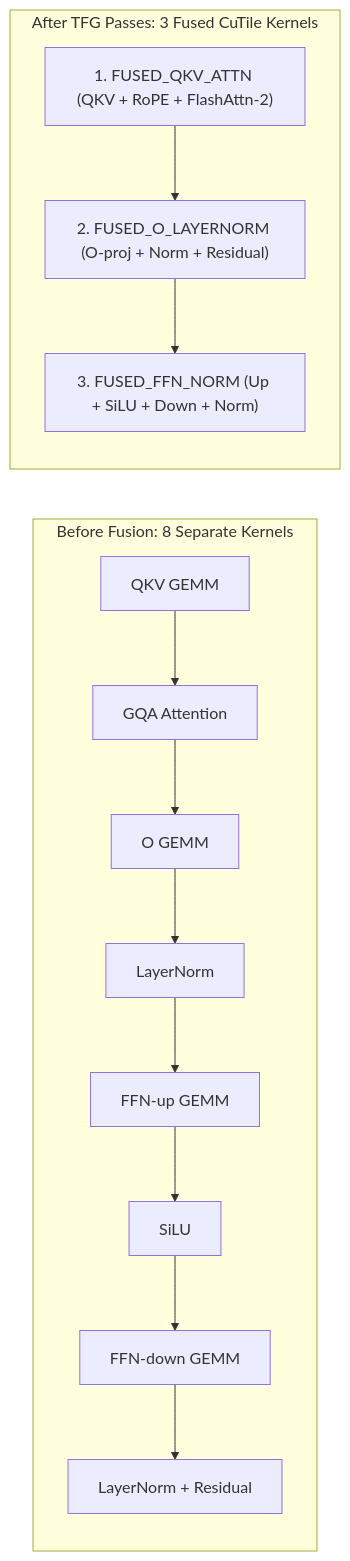
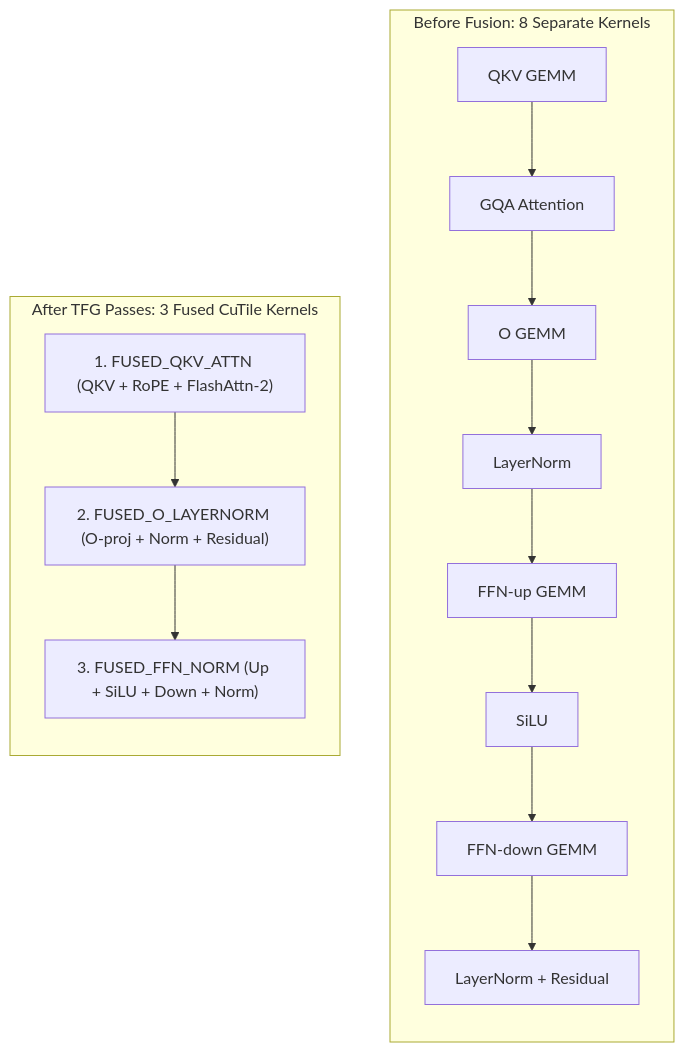
One commit to samudragupto/cutile-forge changed the third of 3 diagrams in docs/ARCHITECTURE.md. Above: the diagram before and after it, drawn with Mermaid. The commit also changed 11 other files, not shown here.

Commit message:
docs: fix overlapping figures, GitHub MathJax, Mermaid layout, and unified Researcher/Architect/Developer README

````diff
--- a/docs/ARCHITECTURE.md
+++ b/docs/ARCHITECTURE.md
@@ -45,21 +45,21 @@
 ```mermaid
-flowchart LR
+flowchart TB
     subgraph Before["Before Fusion: 8 Separate Kernels"]
         direction TB
         K1["QKV GEMM"] --> K2["GQA Attention"]
         K2 --> K3["O GEMM"]
         K3 --> K4["LayerNorm"]
         K4 --> K5["FFN-up GEMM"]
         K5 --> K6["SiLU"]
         K6 --> K7["FFN-down GEMM"]
         K7 --> K8["LayerNorm + Residual"]
     end
 
     subgraph After["After TFG Passes: 3 Fused CuTile Kernels"]
         direction TB
         F1["1. FUSED_QKV_ATTN (QKV + RoPE + FlashAttn-2)"]
         F2["2. FUSED_O_LAYERNORM (O-proj + Norm + Residual)"]
         F3["3. FUSED_FFN_NORM (Up + SiLU + Down + Norm)"]
         F1 --> F2 --> F3
     end
 ```
````
